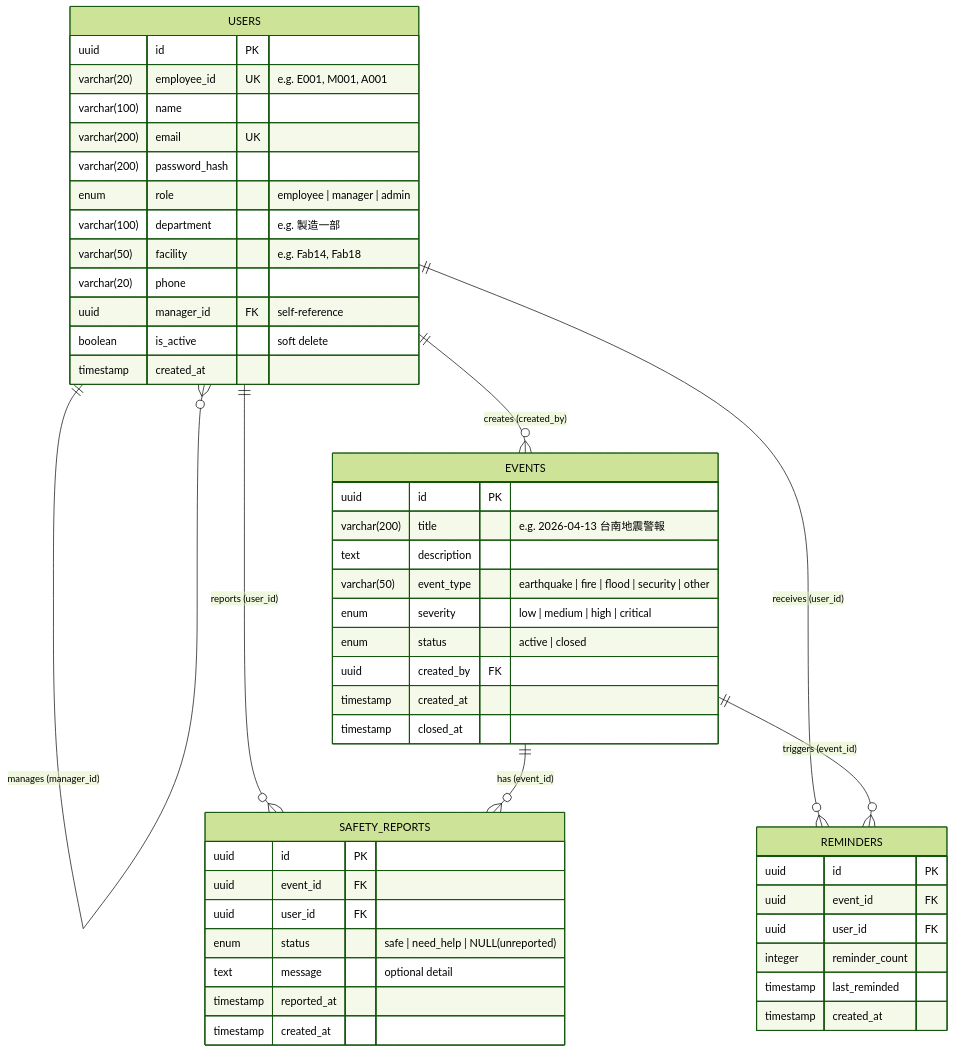
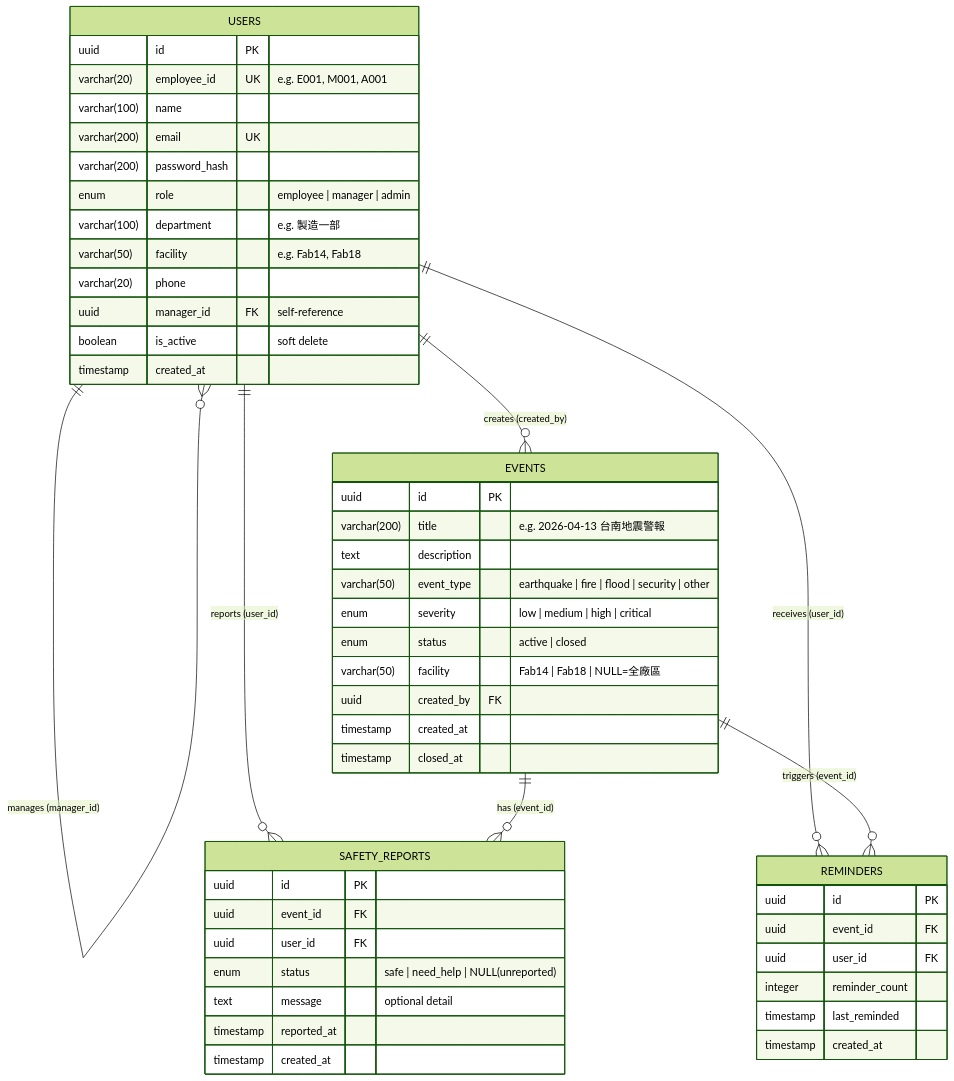
The diagram in docs/er-diagram.md (davidkong3804/Employee_Safety_Response_System), drawn with Mermaid (forest theme) before and after one commit. The commit also changed other lines of this file and 15 other files, not shown here.

````diff
--- a/docs/er-diagram.md
+++ b/docs/er-diagram.md
@@ -5,55 +5,56 @@
 ```mermaid
 erDiagram
     USERS {
         uuid id PK
         varchar(20) employee_id UK "e.g. E001, M001, A001"
         varchar(100) name
         varchar(200) email UK
         varchar(200) password_hash
         enum role "employee | manager | admin"
         varchar(100) department "e.g. 製造一部"
         varchar(50) facility "e.g. Fab14, Fab18"
         varchar(20) phone
         uuid manager_id FK "self-reference"
         boolean is_active "soft delete"
         timestamp created_at
     }
 
     EVENTS {
         uuid id PK
         varchar(200) title "e.g. 2026-04-13 台南地震警報"
         text description
         varchar(50) event_type "earthquake | fire | flood | security | other"
         enum severity "low | medium | high | critical"
         enum status "active | closed"
+        varchar(50) facility "Fab14 | Fab18 | NULL=全廠區"
         uuid created_by FK
         timestamp created_at
         timestamp closed_at
     }
 
     SAFETY_REPORTS {
         uuid id PK
         uuid event_id FK
         uuid user_id FK
         enum status "safe | need_help | NULL(unreported)"
         text message "optional detail"
         timestamp reported_at
         timestamp created_at
     }
 
     REMINDERS {
         uuid id PK
         uuid event_id FK
         uuid user_id FK
         integer reminder_count
         timestamp last_reminded
         timestamp created_at
     }
 
     USERS ||--o{ USERS : "manages (manager_id)"
     USERS ||--o{ EVENTS : "creates (created_by)"
     USERS ||--o{ SAFETY_REPORTS : "reports (user_id)"
     USERS ||--o{ REMINDERS : "receives (user_id)"
     EVENTS ||--o{ SAFETY_REPORTS : "has (event_id)"
     EVENTS ||--o{ REMINDERS : "triggers (event_id)"
 ```
````
